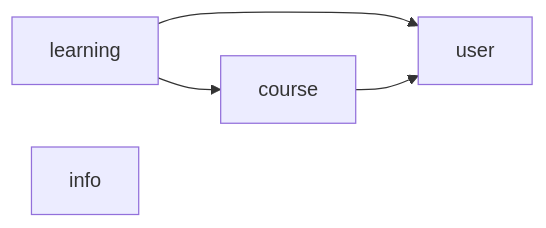
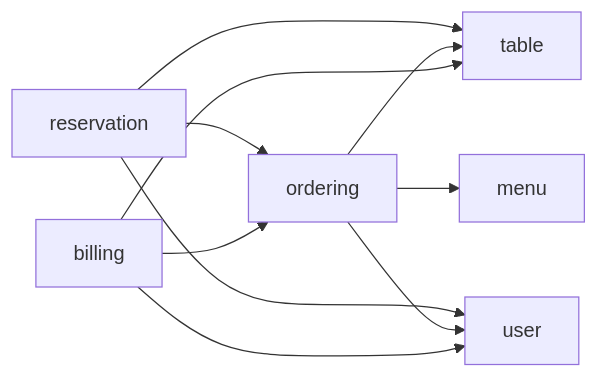
The first of 5 diagrams in docs/design/README.md (dungcony/e-learn), drawn with Mermaid before and after one commit. The commit also changed other lines of this file and 609 other files, not shown here.

````diff
--- a/docs/design/README.md
+++ b/docs/design/README.md
@@ -24,7 +30,12 @@
 ```mermaid
 flowchart LR
-    learning --> course
-    learning --> user
-    course --> user
-    info
+    reservation --> ordering
+    reservation --> table
+    reservation --> user
+    ordering --> table
+    ordering --> menu
+    ordering --> user
+    billing --> ordering
+    billing --> table
+    billing --> user
 ```
````
